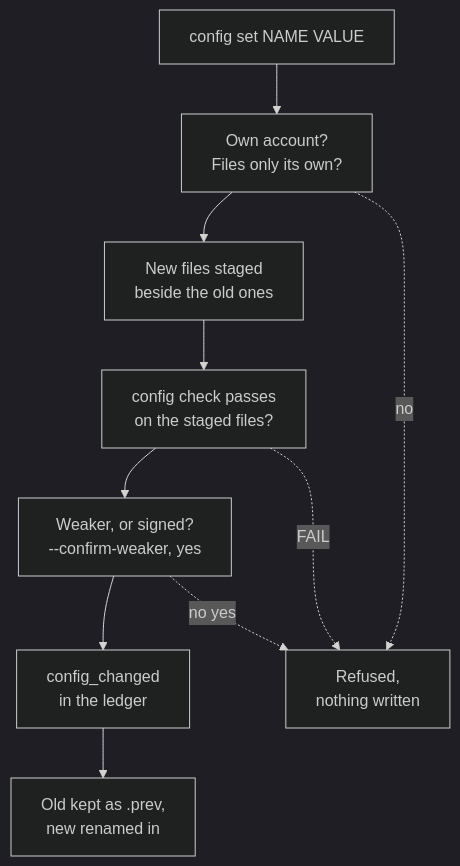
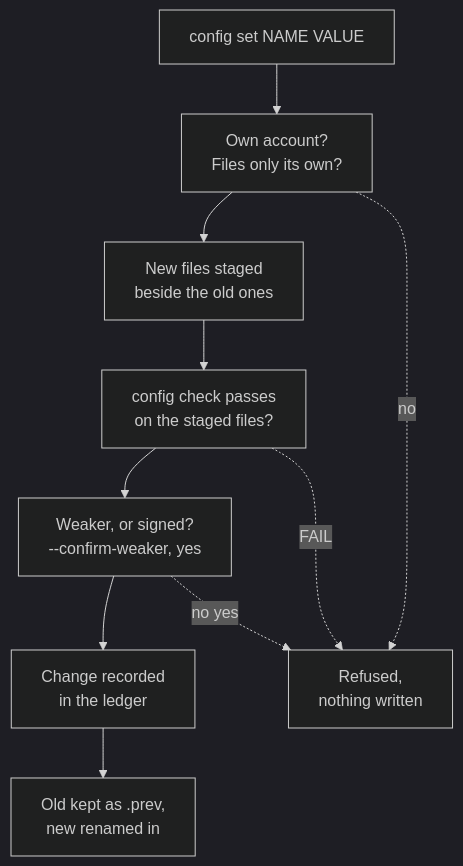
Before and after one commit to Insomniac-VibeLabs/two-key: the diagram in docs/SETUP.md, drawn with Mermaid (dark theme). The commit also changed 7 other files, not shown here.

First line of the commit message:
Docs: diagram labels use plain words instead of code names

````diff
--- a/docs/SETUP.md
+++ b/docs/SETUP.md
@@ -213,12 +213,12 @@
 ```mermaid
 flowchart TD
   ask["config set NAME VALUE"] --> acct["Own account?<br/>Files only its own?"]
   acct --> stage["New files staged<br/>beside the old ones"]
   stage --> check["config check passes<br/>on the staged files?"]
   check --> weak["Weaker, or signed?<br/>--confirm-weaker, yes"]
-  weak --> led["config_changed<br/>in the ledger"]
+  weak --> led["Change recorded<br/>in the ledger"]
   led --> swap["Old kept as .prev,<br/>new renamed in"]
   acct -. "no" .-> stop["Refused,<br/>nothing written"]
   check -. "FAIL" .-> stop
   weak -. "no yes" .-> stop
 ```
````
